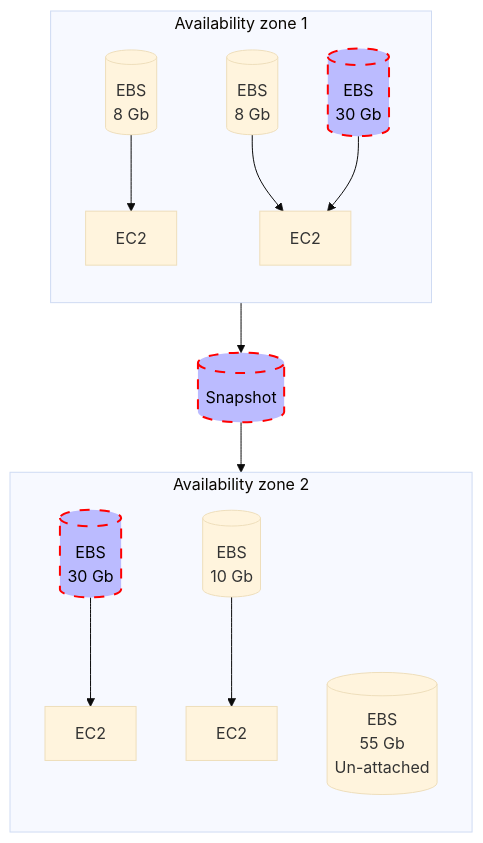
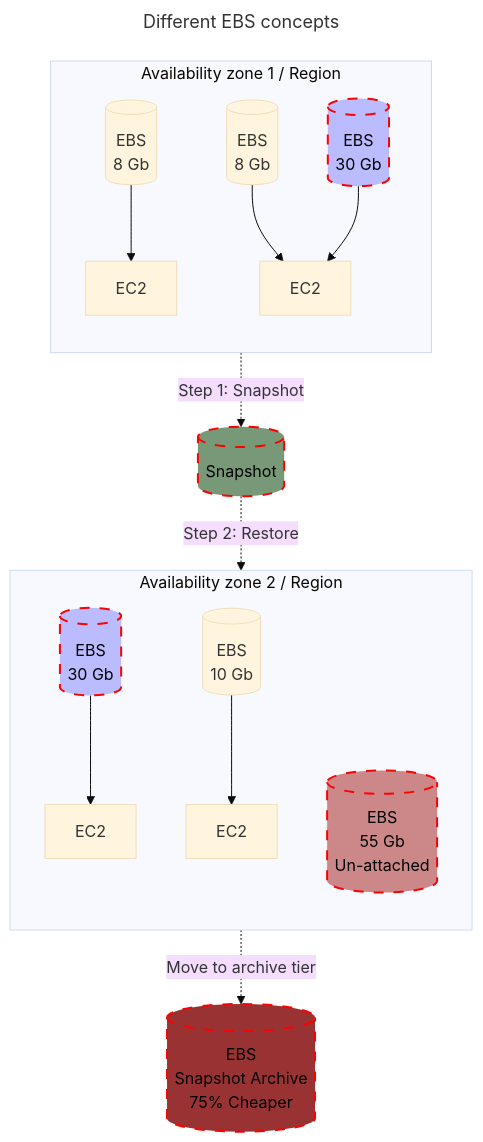
The second of 2 diagrams in AWS/services/ebs.md (CSpyridakis/notes), drawn with Mermaid (base theme) before and after one commit. The commit also changed other lines of this file and 1 other file, not shown here.

Commit message:
Update EC2 and EBS notes

````diff
--- a/AWS/services/ebs.md
+++ b/AWS/services/ebs.md
@@ -19,45 +19,55 @@
 ```mermaid
+---
+title: Different EBS concepts
+---
 flowchart TD
-    subgraph az2["Availability zone 2"]
+    subgraph az2["Availability zone 2 / Region"]
         direction TB
 
         az2-ebs-1[("EBS
                 30 Gb")]:::snapshot
         az2-ebs-2[("EBS
                 10 Gb")]
         az2-ebs-3[("EBS
                 55 Gb 
                 Un-attached")]
+        style az2-ebs-3 fill:#c88,stroke:#f00,stroke-width:2px,color:#000,stroke-dasharray: 10 10
 
         az2-ec2-1["EC2"]
         az2-ec2-2["EC2"]
 
         az2-ebs-1 --> az2-ec2-1
         az2-ebs-2 --> az2-ec2-2
         %%az2-ebs-3 --> az2-ec2-2
     end
 
-    snap[("Snapshot")]:::snapshot
+    az2-ebs-2 -.-> |Move to archive tier| spanparchive[("EBS
+                                 Snapshot Archive
+                                 75% Cheaper")]
+    style spanparchive fill:#933,stroke:#f00,stroke-width:2px,color:#000,stroke-dasharray: 10 10
+
+    snap[("Snapshot")]
     classDef snapshot fill:#bbf,stroke:#f00,stroke-width:2px,color:#000,stroke-dasharray: 10 10
+    style snap fill:#797,stroke:#f00,stroke-width:2px,color:#000,stroke-dasharray: 10 10
     
-    az1-ebs-3 --> snap
-    snap --> az2-ebs-1
+    az1-ebs-3 -.-> |Step 1: Snapshot| snap
+    snap -.-> |Step 2: Restore| az2-ebs-1
 
-    subgraph az1["Availability zone 1"]
+    subgraph az1["Availability zone 1 / Region"]
         direction TB
 
         az1-ebs-1[("EBS
                 8 Gb")]
         az1-ebs-2[("EBS
                 8 Gb")]
         az1-ebs-3[("EBS
                 30 Gb")]:::snapshot
 
         az1-ec2-1["EC2"]
         az1-ec2-2["EC2"]
 
         az1-ebs-1 --> az1-ec2-1
         az1-ebs-2 --> az1-ec2-2
         az1-ebs-3 --> az1-ec2-2
     end
 ```
````
